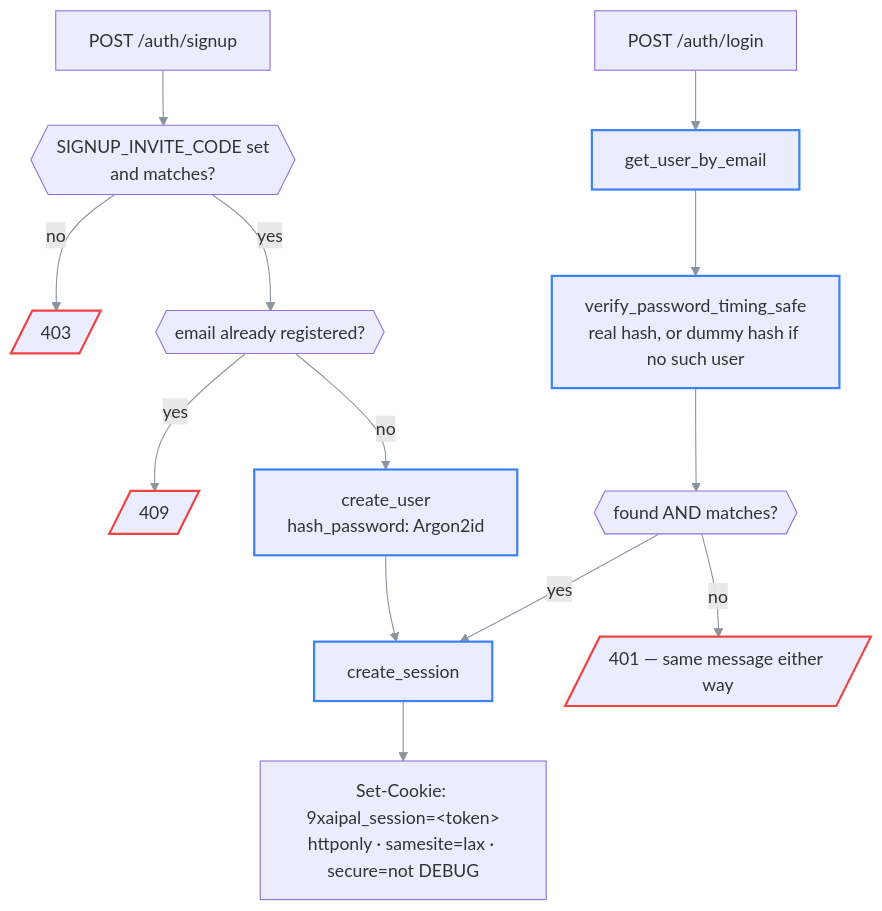
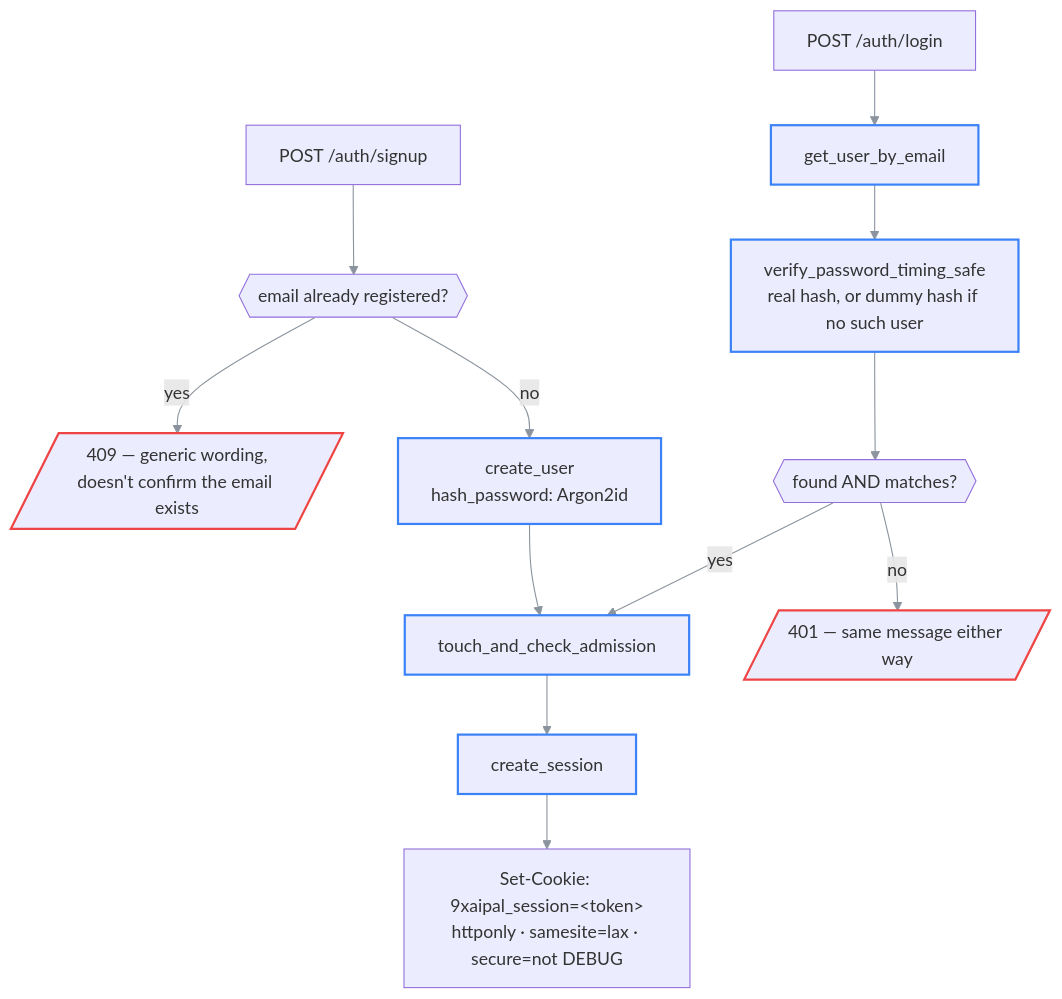
The first of 2 diagrams in docs/02-architecture/auth.md (Khaled-Saleh-KL1/9XAIPal), drawn with Mermaid before and after one commit. The commit also changed other lines of this file and 23 other files, not shown here.

````diff
--- a/docs/02-architecture/auth.md
+++ b/docs/02-architecture/auth.md
@@ -64,23 +66,22 @@
 ```mermaid
 %%{init: {'themeVariables': {'fontFamily': 'ui-monospace, SFMono-Regular, Menlo, monospace', 'lineColor': '#8b949e'}}}%%
 flowchart TD
-    SU[POST /auth/signup] --> INV{{SIGNUP_INVITE_CODE set<br/>and matches?}}
-    INV -->|no| E403A[/403/]
-    INV -->|yes| DUP{{email already registered?}}
-    DUP -->|yes| E409[/409/]
+    SU[POST /auth/signup] --> DUP{{email already registered?}}
+    DUP -->|yes| E409[/"409 — generic wording,<br/>doesn't confirm the email exists"/]
     DUP -->|no| CU[create_user<br/>hash_password: Argon2id]
-    CU --> CS[create_session]
+    CU --> ADM
 
     LI[POST /auth/login] --> LOOK[get_user_by_email]
     LOOK --> VER[verify_password_timing_safe<br/>real hash, or dummy hash if no such user]
     VER --> OK{{found AND matches?}}
     OK -->|no| E401[/401 — same message either way/]
-    OK -->|yes| CS
+    OK -->|yes| ADM[touch_and_check_admission]
+    ADM --> CS[create_session]
 
     CS --> COOKIE["Set-Cookie: 9xaipal_session=&lt;token&gt;<br/>httponly · samesite=lax · secure=not DEBUG"]
 
     classDef owned stroke:#3b82f6,stroke-width:2px
     classDef bad stroke:#ef4444,stroke-width:2px
-    class CU,CS,LOOK,VER owned
-    class E403A,E409,E401 bad
+    class CU,CS,LOOK,VER,ADM owned
+    class E409,E401 bad
 ```
````
